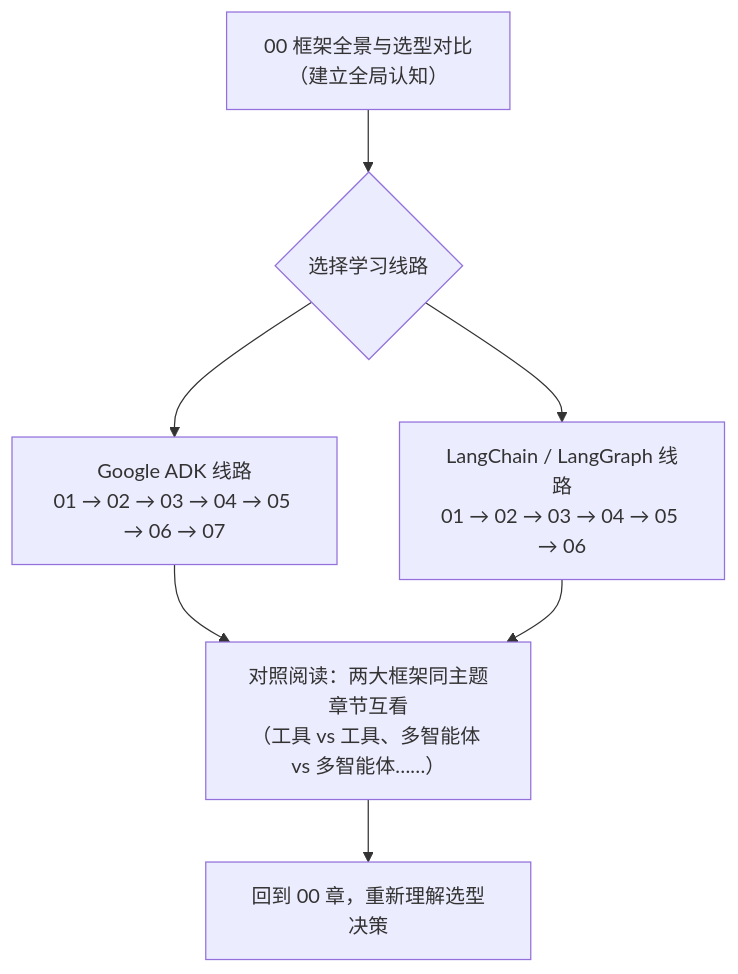
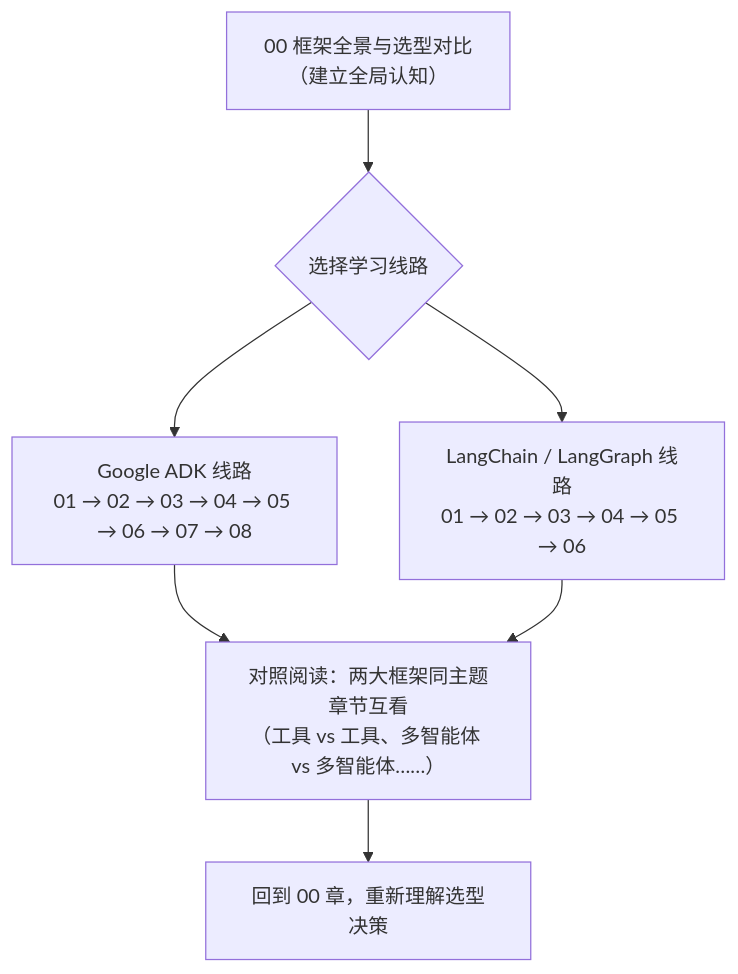
One commit to Daicy0213/agent-frameworks-learning-cn changed the diagram in README.md. Above: the diagram before and after it, drawn with Mermaid. The commit also changed other lines of this file and 46 other files, not shown here.

````diff
--- a/README.md
+++ b/README.md
@@ -96,9 +100,9 @@
 ```mermaid
 flowchart TD
     A["00 框架全景与选型对比<br/>（建立全局认知）"] --> B{"选择学习线路"}
-    B --> C["Google ADK 线路<br/>01 → 02 → 03 → 04 → 05 → 06 → 07"]
+    B --> C["Google ADK 线路<br/>01 → 02 → 03 → 04 → 05 → 06 → 07 → 08"]
     B --> D["LangChain / LangGraph 线路<br/>01 → 02 → 03 → 04 → 05 → 06"]
     C --> E["对照阅读：两大框架同主题章节互看<br/>（工具 vs 工具、多智能体 vs 多智能体……）"]
     D --> E
     E --> F["回到 00 章，重新理解选型决策"]
 ```
````
